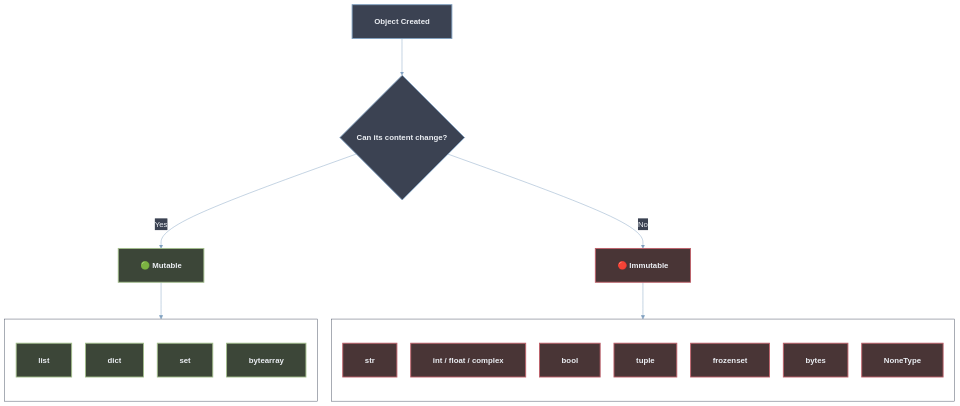
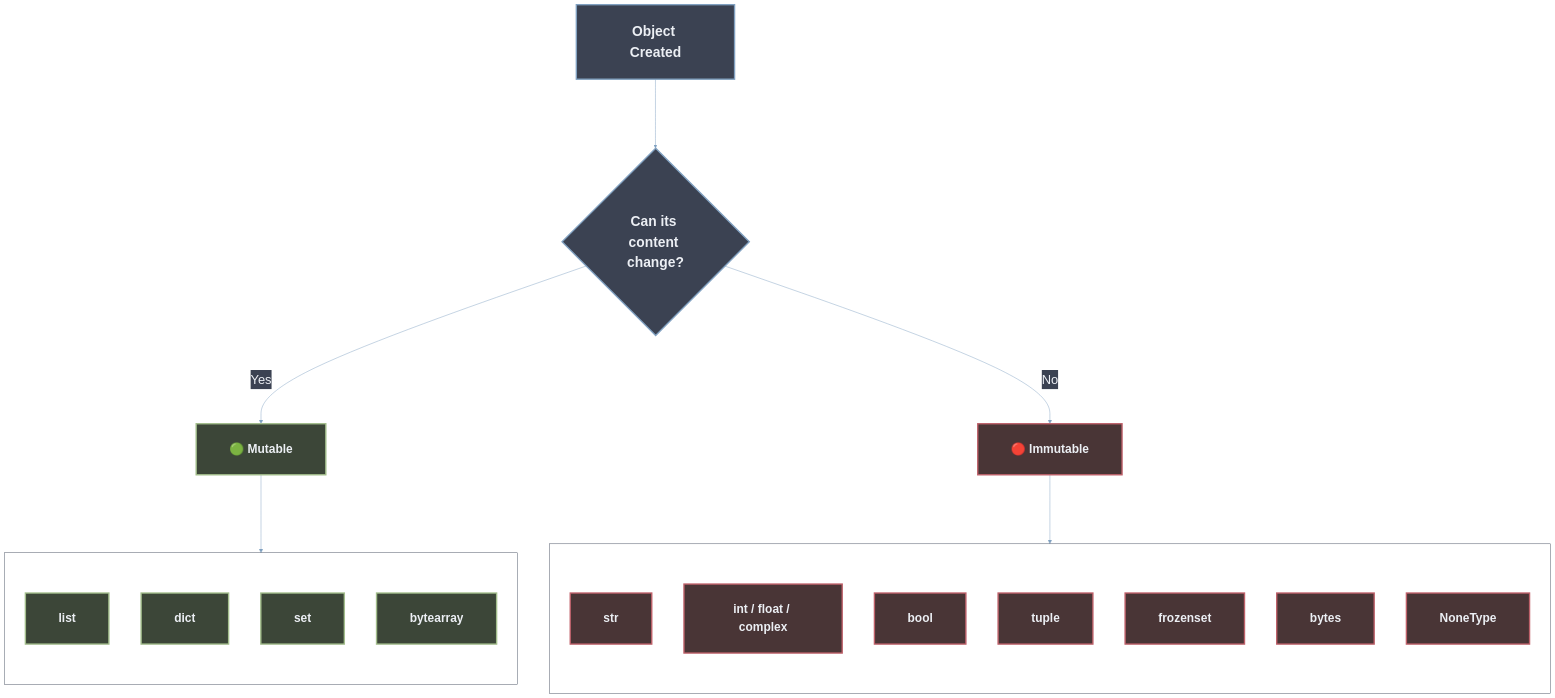
The eighth of 9 diagrams in 01_ Python_For_ Agentic_ Ai/01 Data types/Readme.md (maliksiddiq/learning-agentic-ai), drawn with Mermaid before and after one commit. The commit also changed other lines of this file, not shown here.

Commit message:
Data_Types_Guide

````diff
--- a/01_ Python_For_ Agentic_ Ai/01 Data types/Readme.md
+++ b/01_ Python_For_ Agentic_ Ai/01 Data types/Readme.md
@@ -632,38 +632,38 @@
 ```mermaid
-%%{init: {'theme': 'base', 'themeVariables': {'background': '#2E3440', 'primaryColor': '#3B4252', 'primaryTextColor': '#ECEFF4', 'primaryBorderColor': '#81A1C1', 'lineColor': '#81A1C1', 'edgeLabelBackground': '#3B4252', 'fontSize': '17px', 'fontFamily': 'Segoe UI, Arial, sans-serif'}, 'flowchart': {'useMaxWidth': true, 'htmlLabels': true, 'nodeSpacing': 30, 'rankSpacing': 80, 'curve': 'basis', 'padding': 24}} }%%
+%%{init: {'theme': 'base', 'themeVariables': {'background': '#2E3440', 'primaryColor': '#3B4252', 'primaryTextColor': '#ECEFF4', 'primaryBorderColor': '#81A1C1', 'lineColor': '#81A1C1', 'edgeLabelBackground': '#3B4252', 'fontSize': '28px', 'fontFamily': 'Segoe UI, Arial, sans-serif'}, 'flowchart': {'useMaxWidth': false, 'htmlLabels': true, 'nodeSpacing': 70, 'rankSpacing': 150, 'curve': 'basis', 'padding': 36}} }%%
 flowchart TD
     A["Object Created"] --> B{"Can its content change?"}
     B -->|Yes| M["🟢 Mutable"]
     B -->|No| I["🔴 Immutable"]
 
     subgraph MUTG[ ]
     direction TB
         M1["list"]
         M2["dict"]
         M3["set"]
         M4["bytearray"]
     end
 
     subgraph IMMG[ ]
     direction TB
         I1["str"]
         I2["int / float / complex"]
         I3["bool"]
         I4["tuple"]
         I5["frozenset"]
         I6["bytes"]
         I7["NoneType"]
     end
 
     M --> MUTG
     I --> IMMG
 
-    classDef decision fill:#3B4252,color:#ECEFF4,stroke:#81A1C1,stroke-width:2px,font-weight:600
-    classDef mut fill:#3C4638,color:#ECEFF4,stroke:#A3BE8C,stroke-width:2px,font-weight:600
-    classDef imm fill:#493536,color:#ECEFF4,stroke:#BF616A,stroke-width:2px,font-weight:600
+    classDef decision fill:#3B4252,color:#ECEFF4,stroke:#81A1C1,stroke-width:3px,font-weight:bold,font-size:30px
+    classDef mut fill:#3C4638,color:#ECEFF4,stroke:#A3BE8C,stroke-width:3px,font-weight:bold,font-size:26px
+    classDef imm fill:#493536,color:#ECEFF4,stroke:#BF616A,stroke-width:3px,font-weight:bold,font-size:26px
     classDef grp fill:transparent,stroke:#434C5E,stroke-width:1px
     class A,B decision
     class M,M1,M2,M3,M4 mut
     class I,I1,I2,I3,I4,I5,I6,I7 imm
     class MUTG,IMMG grp
 ```
````
